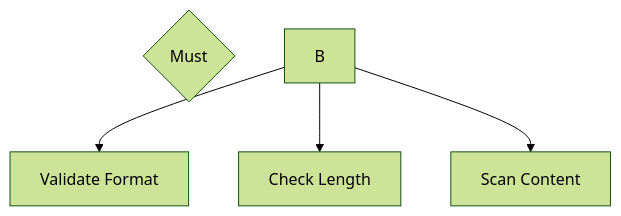
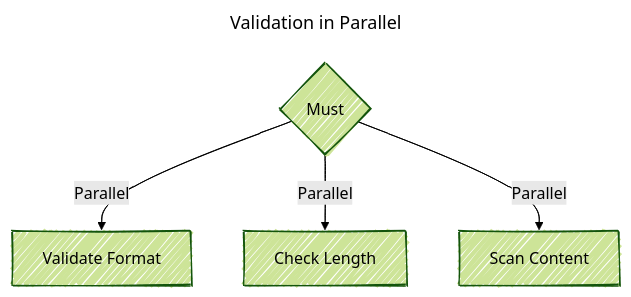
The second of 4 diagrams in README.md (chriscow/minds), drawn with Mermaid (forest theme) before and after one commit. The commit also changed other lines of this file, not shown here.

````diff
--- a/README.md
+++ b/README.md
@@ -125,7 +174,12 @@
 ```mermaid
+---
+title: Validation in Parallel
+config:
+ look: handDrawn
+---
 graph TD
-    A{Must}
-    B --> C1[Validate Format]
-    B --> C2[Check Length]
-    B --> C3[Scan Content]
+    B{Must}
+    B -->|Parallel| C1[Validate Format]
+    B -->|Parallel| C2[Check Length]
+    B -->|Parallel| C3[Scan Content]
 ```
````
